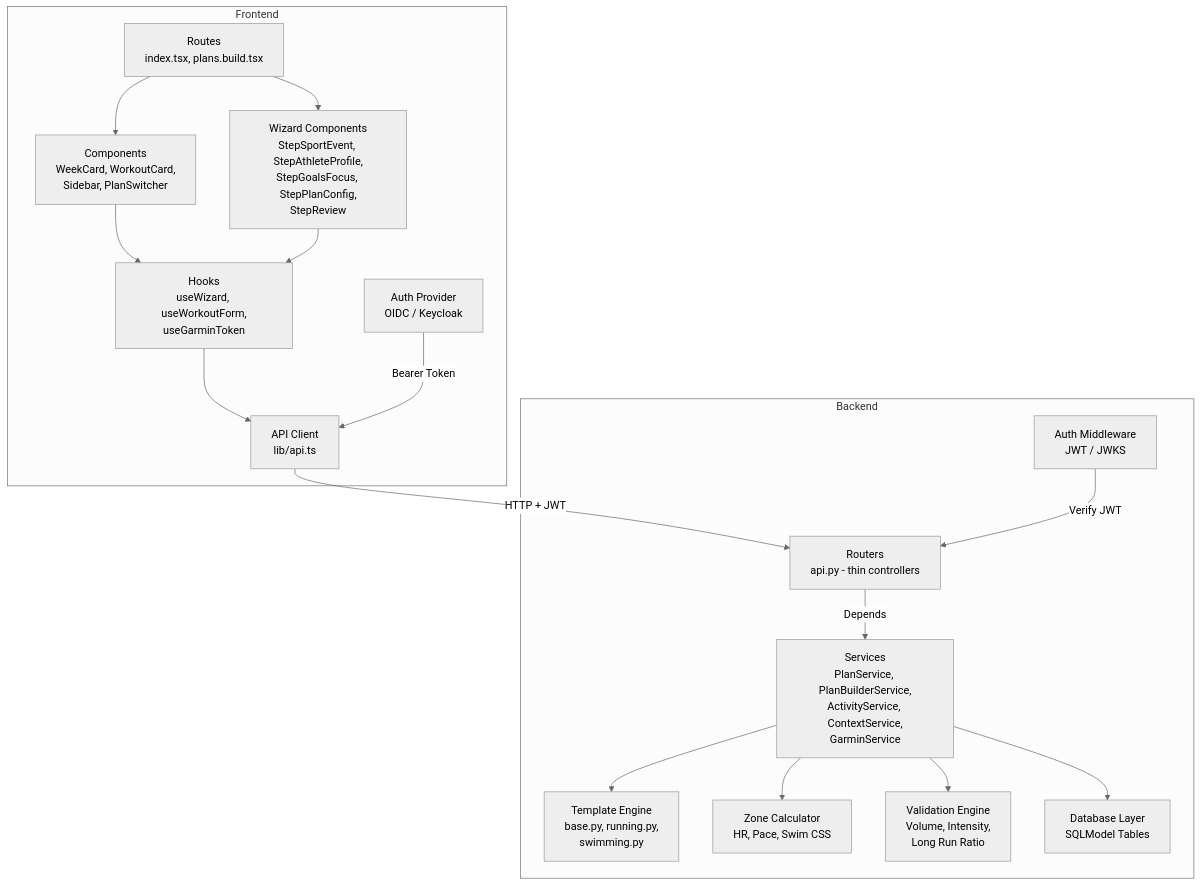
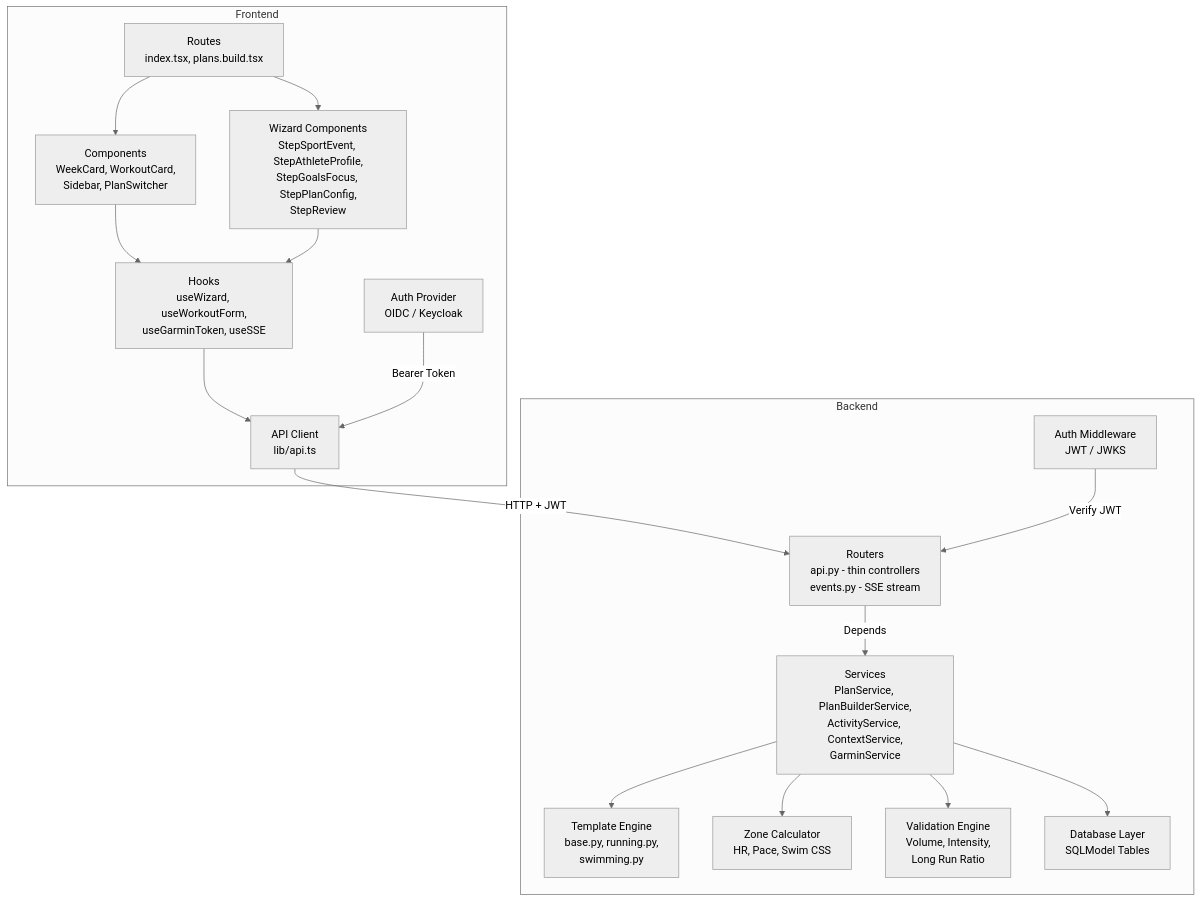
Before and after one commit to michaelbramwell/3h2Os: the second of 3 diagrams in README.md, drawn with Mermaid (neutral theme). The commit also changed other lines of this file and 32 other files, not shown here.

````diff
--- a/README.md
+++ b/README.md
@@ -198,35 +300,35 @@
 ```mermaid
 graph TB
     subgraph FrontendLayer [Frontend]
         Routes[Routes<br/>index.tsx, plans.build.tsx]
         Components[Components<br/>WeekCard, WorkoutCard,<br/>Sidebar, PlanSwitcher]
         WizardUI[Wizard Components<br/>StepSportEvent, StepAthleteProfile,<br/>StepGoalsFocus, StepPlanConfig,<br/>StepReview]
-        Hooks[Hooks<br/>useWizard, useWorkoutForm,<br/>useGarminToken]
+        Hooks[Hooks<br/>useWizard, useWorkoutForm,<br/>useGarminToken, useSSE]
         APIClient[API Client<br/>lib/api.ts]
         AuthProv[Auth Provider<br/>OIDC / Keycloak]
     end
 
     subgraph BackendLayer [Backend]
-        Routers[Routers<br/>api.py - thin controllers]
+        Routers[Routers<br/>api.py - thin controllers<br/>events.py - SSE stream]
         Services[Services<br/>PlanService, PlanBuilderService,<br/>ActivityService, ContextService,<br/>GarminService]
         Templates[Template Engine<br/>base.py, running.py,<br/>swimming.py]
         Zones[Zone Calculator<br/>HR, Pace, Swim CSS]
         Validation[Validation Engine<br/>Volume, Intensity,<br/>Long Run Ratio]
         DB[Database Layer<br/>SQLModel Tables]
         AuthMW[Auth Middleware<br/>JWT / JWKS]
     end
 
     Routes --> Components
     Routes --> WizardUI
     Components --> Hooks
     WizardUI --> Hooks
     Hooks --> APIClient
     APIClient -->|HTTP + JWT| Routers
     AuthProv -->|Bearer Token| APIClient
     Routers -->|Depends| Services
     Services --> DB
     Services --> Templates
     Services --> Zones
     Services --> Validation
     AuthMW -->|Verify JWT| Routers
 ```
````
